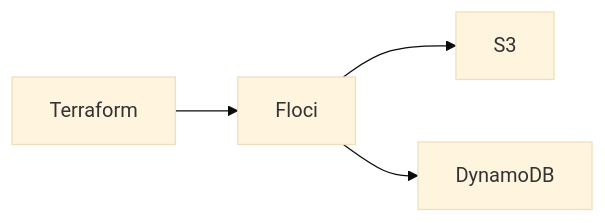
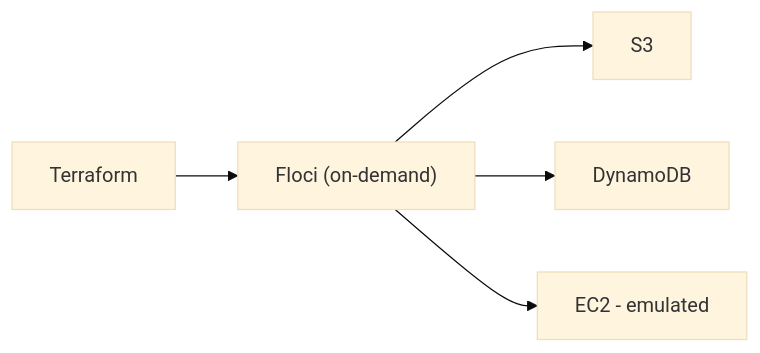
One commit to SwapnajXD/HomeLab changed the fifth of 6 diagrams in docs/architecture.md. Above: the diagram before and after it, drawn with Mermaid (base theme). The commit also changed other lines of this file and 16 other files, not shown here.

````diff
--- a/docs/architecture.md
+++ b/docs/architecture.md
@@ -234,6 +252,7 @@
 ```mermaid
 flowchart LR
-    TF[Terraform] --> FLOCI[Floci]
+    TF[Terraform] --> FLOCI["Floci (on-demand)"]
     FLOCI --> S3[S3]
     FLOCI --> DDB[DynamoDB]
+    FLOCI --> EC2[EC2 - emulated]
 ```
````
